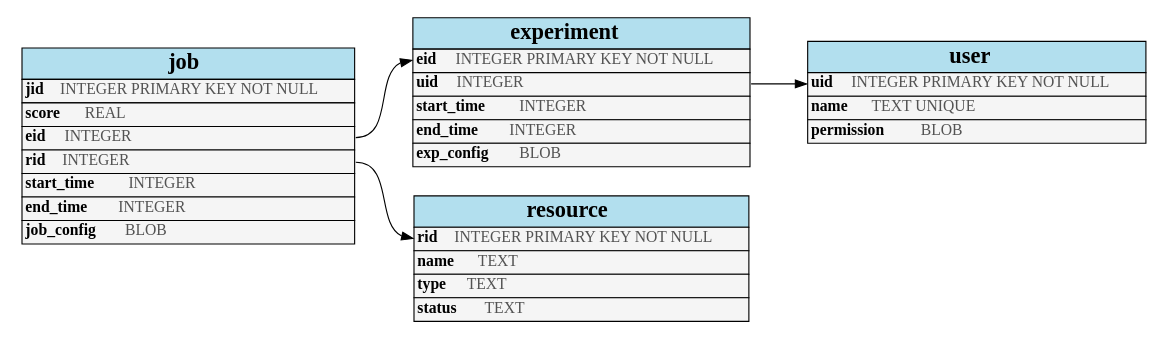
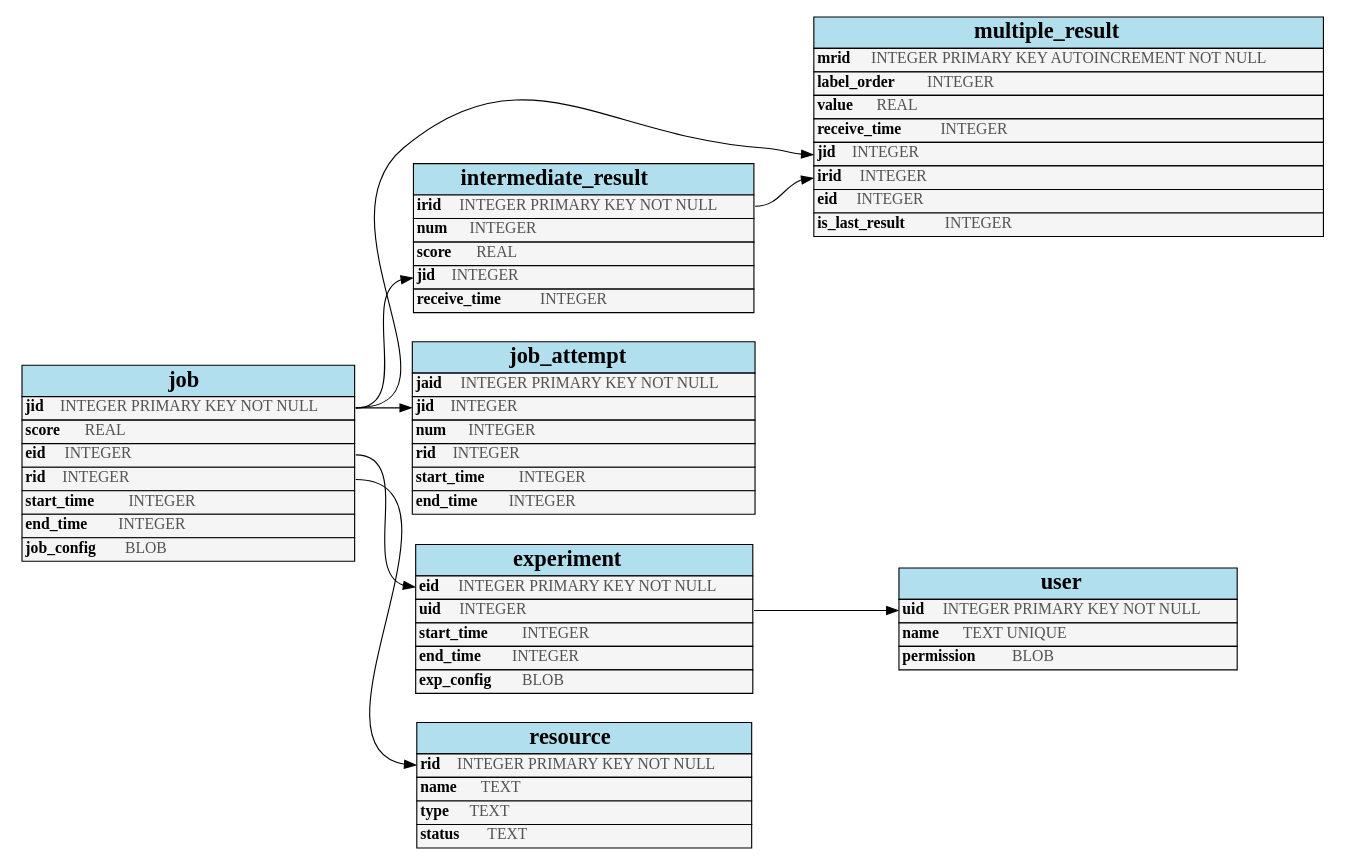
One commit to LGE-ARC-AdvancedAI/auptimizer changed the diagram in docs/Database/schema.dot. Above: the diagram before and after it, drawn with Graphviz. The commit also changed 556 other files, not shown here.

```diff
--- a/docs/Database/schema.dot
+++ b/docs/Database/schema.dot
@@ -1,61 +1,108 @@
 /*
  * Graphviz of '<_io.TextIOWrapper name='<stdin>' mode='r' encoding='UTF-8'>', created 2018-08-14 18:52:17.684968
  * Generated from https://github.com/rm-hull/sql_graphviz
  */
 digraph g { graph [ rankdir = "LR" ];
 
   "user" [
     shape=none
     label=<
       <table border="0" cellspacing="0" cellborder="1">
         <tr><td bgcolor="lightblue2"><font face="Times-bold" point-size="20">user</font></td></tr>
         <tr><td bgcolor="grey96" align="left" port="uid"><font face="Times-bold">uid</font>  <font color="#535353">INTEGER PRIMARY KEY NOT NULL</font></td></tr>
         <tr><td bgcolor="grey96" align="left" port="name"><font face="Times-bold">name</font>  <font color="#535353">TEXT UNIQUE</font></td></tr>
         <tr><td bgcolor="grey96" align="left" port="permission"><font face="Times-bold">permission</font>  <font color="#535353">BLOB</font></td></tr>
       </table>
     >];
 
   "resource" [
     shape=none
     label=<
       <table border="0" cellspacing="0" cellborder="1">
         <tr><td bgcolor="lightblue2"><font face="Times-bold" point-size="20">resource</font></td></tr>
         <tr><td bgcolor="grey96" align="left" port="rid"><font face="Times-bold">rid</font>  <font color="#535353">INTEGER PRIMARY KEY NOT NULL</font></td></tr>
         <tr><td bgcolor="grey96" align="left" port="name"><font face="Times-bold">name</font>  <font color="#535353">TEXT</font></td></tr>
         <tr><td bgcolor="grey96" align="left" port="type"><font face="Times-bold">type</font>  <font color="#535353">TEXT</font></td></tr>
         <tr><td bgcolor="grey96" align="left" port="status"><font face="Times-bold">status</font>  <font color="#535353">TEXT</font></td></tr>
       </table>
     >];
 
   "experiment" [
     shape=none
     label=<
       <table border="0" cellspacing="0" cellborder="1">
         <tr><td bgcolor="lightblue2"><font face="Times-bold" point-size="20">experiment</font></td></tr>
         <tr><td bgcolor="grey96" align="left" port="eid"><font face="Times-bold">eid</font>  <font color="#535353">INTEGER PRIMARY KEY NOT NULL</font></td></tr>
         <tr><td bgcolor="grey96" align="left" port="uid"><font face="Times-bold">uid</font>  <font color="#535353">INTEGER</font></td></tr>
         <tr><td bgcolor="grey96" align="left" port="start_time"><font face="Times-bold">start_time</font>  <font color="#535353">INTEGER</font></td></tr>
         <tr><td bgcolor="grey96" align="left" port="end_time"><font face="Times-bold">end_time</font>  <font color="#535353">INTEGER</font></td></tr>
         <tr><td bgcolor="grey96" align="left" port="exp_config"><font face="Times-bold">exp_config</font>  <font color="#535353">BLOB</font></td></tr>
       </table>
     >];
 
   "job" [
     shape=none
     label=<
       <table border="0" cellspacing="0" cellborder="1">
         <tr><td bgcolor="lightblue2"><font face="Times-bold" point-size="20">job</font></td></tr>
         <tr><td bgcolor="grey96" align="left" port="jid"><font face="Times-bold">jid</font>  <font color="#535353">INTEGER PRIMARY KEY NOT NULL</font></td></tr>
         <tr><td bgcolor="grey96" align="left" port="score"><font face="Times-bold">score</font>  <font color="#535353">REAL</font></td></tr>
         <tr><td bgcolor="grey96" align="left" port="eid"><font face="Times-bold">eid</font>  <font color="#535353">INTEGER</font></td></tr>
         <tr><td bgcolor="grey96" align="left" port="rid"><font face="Times-bold">rid</font>  <font color="#535353">INTEGER</font></td></tr>
         <tr><td bgcolor="grey96" align="left" port="start_time"><font face="Times-bold">start_time</font>  <font color="#535353">INTEGER</font></td></tr>
         <tr><td bgcolor="grey96" align="left" port="end_time"><font face="Times-bold">end_time</font>  <font color="#535353">INTEGER</font></td></tr>
         <tr><td bgcolor="grey96" align="left" port="job_config"><font face="Times-bold">job_config</font>  <font color="#535353">BLOB</font></td></tr>
       </table>
     >];
 
+  "job_attempt" [
+    shape=none
+    label=<
+      <table border="0" cellspacing="0" cellborder="1">
+        <tr><td bgcolor="lightblue2"><font face="Times-bold" point-size="20">job_attempt</font></td></tr>
+        <tr><td bgcolor="grey96" align="left" port="jaid"><font face="Times-bold">jaid</font>  <font color="#535353">INTEGER PRIMARY KEY NOT NULL</font></td></tr>
+        <tr><td bgcolor="grey96" align="left" port="jid"><font face="Times-bold">jid</font>  <font color="#535353">INTEGER</font></td></tr>
+        <tr><td bgcolor="grey96" align="left" port="num"><font face="Times-bold">num</font>  <font color="#535353">INTEGER</font></td></tr>
+        <tr><td bgcolor="grey96" align="left" port="rid"><font face="Times-bold">rid</font>  <font color="#535353">INTEGER</font></td></tr>
+        <tr><td bgcolor="grey96" align="left" port="start_time"><font face="Times-bold">start_time</font>  <font color="#535353">INTEGER</font></td></tr>
+        <tr><td bgcolor="grey96" align="left" port="end_time"><font face="Times-bold">end_time</font>  <font color="#535353">INTEGER</font></td></tr>
+      </table>
+    >];
+
+  "intermediate_result" [
+    shape=none
+    label=<
+      <table border="0" cellspacing="0" cellborder="1">
+        <tr><td bgcolor="lightblue2"><font face="Times-bold" point-size="20">intermediate_result</font></td></tr>
+        <tr><td bgcolor="grey96" align="left" port="irid"><font face="Times-bold">irid</font>  <font color="#535353">INTEGER PRIMARY KEY NOT NULL</font></td></tr>
+        <tr><td bgcolor="grey96" align="left" port="num"><font face="Times-bold">num</font>  <font color="#535353">INTEGER</font></td></tr>
+        <tr><td bgcolor="grey96" align="left" port="score"><font face="Times-bold">score</font>  <font color="#535353">REAL</font></td></tr>
+        <tr><td bgcolor="grey96" align="left" port="jid"><font face="Times-bold">jid</font>  <font color="#535353">INTEGER</font></td></tr>
+        <tr><td bgcolor="grey96" align="left" port="receive_time"><font face="Times-bold">receive_time</font>  <font color="#535353">INTEGER</font></td></tr>
+      </table>
+    >];
+
+  "multiple_result" [
+    shape=none
+    label=<
+      <table border="0" cellspacing="0" cellborder="1">
+        <tr><td bgcolor="lightblue2"><font face="Times-bold" point-size="20">multiple_result</font></td></tr>
+        <tr><td bgcolor="grey96" align="left" port="mrid"><font face="Times-bold">mrid</font>  <font color="#535353">INTEGER PRIMARY KEY AUTOINCREMENT NOT NULL</font></td></tr>
+        <tr><td bgcolor="grey96" align="left" port="label_order"><font face="Times-bold">label_order</font>  <font color="#535353">INTEGER</font></td></tr>
+        <tr><td bgcolor="grey96" align="left" port="value"><font face="Times-bold">value</font>  <font color="#535353">REAL</font></td></tr>
+        <tr><td bgcolor="grey96" align="left" port="receive_time"><font face="Times-bold">receive_time</font>  <font color="#535353">INTEGER</font></td></tr>
+        <tr><td bgcolor="grey96" align="left" port="jid"><font face="Times-bold">jid</font>  <font color="#535353">INTEGER</font></td></tr>
+        <tr><td bgcolor="grey96" align="left" port="irid"><font face="Times-bold">irid</font>  <font color="#535353">INTEGER</font></td></tr>
+        <tr><td bgcolor="grey96" align="left" port="eid"><font face="Times-bold">eid</font>  <font color="#535353">INTEGER</font></td></tr>
+        <tr><td bgcolor="grey96" align="left" port="is_last_result"><font face="Times-bold">is_last_result</font>  <font color="#535353">INTEGER</font></td></tr>
+      </table>
+    >];
+
   "experiment":uid -> "user":uid;
   "job":eid -> "experiment":eid;
   "job":rid -> "resource":rid; 
+  "job":jid -> "job_attempt":jid;
+  "job":jid -> "intermediate_result":jid;
+  "job":jid -> "multiple_result":jid;
+  "intermediate_result":irid -> "multiple_result":irid
 }
```
